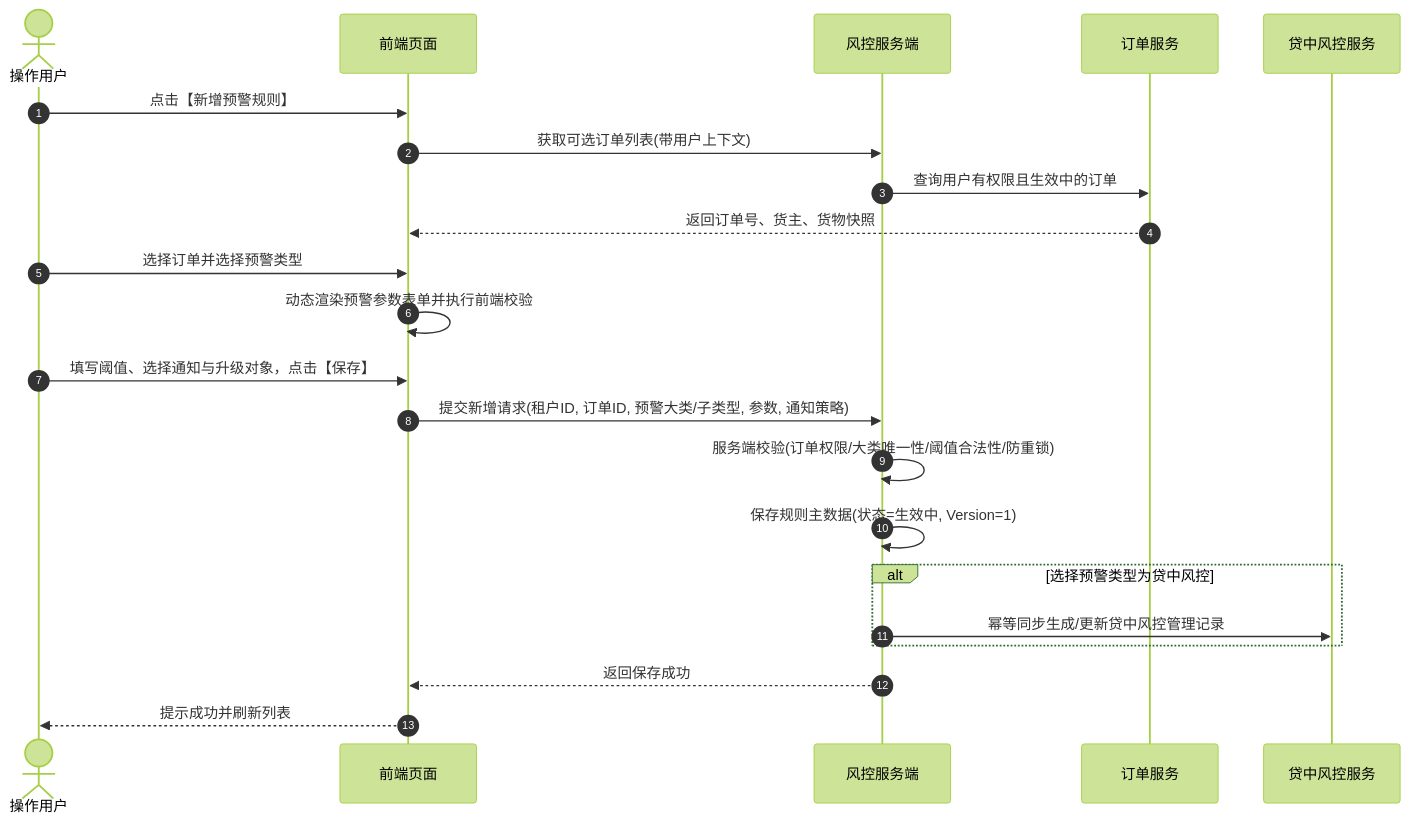
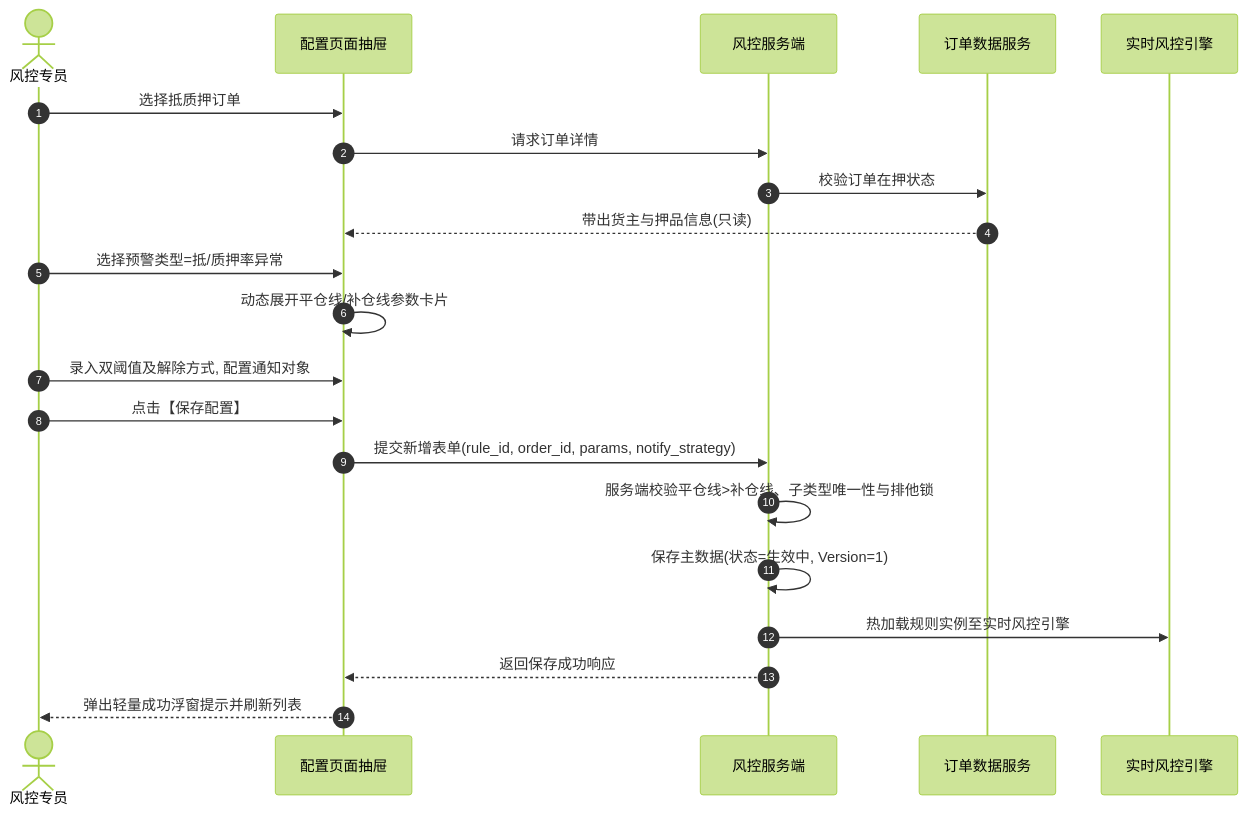
The diagram in 02-PRD文档/🌟🌟🌟-最新基准版/B端PC/08-配置管理/19-风险管理-订单预警配置/订单预警配置主PRD.md (RobertHuang999/SYZC), drawn with Mermaid (forest theme) before and after one commit. The commit also changed other lines of this file and 264 other files, not shown here.

````diff
--- a/02-PRD文档/🌟🌟🌟-最新基准版/B端PC/08-配置管理/19-风险管理-订单预警配置/订单预警配置主PRD.md
+++ b/02-PRD文档/🌟🌟🌟-最新基准版/B端PC/08-配置管理/19-风险管理-订单预警配置/订单预警配置主PRD.md
@@ -107,25 +82,24 @@
 ```mermaid
 sequenceDiagram
     autonumber
-    actor User as 操作用户
-    participant FE as 前端页面
+    actor User as 风控专员
+    participant FE as 配置页面抽屉
     participant API as 风控服务端
-    participant ORD as 订单服务
-    participant MID as 贷中风控服务
+    participant ORD as 订单数据服务
+    participant RISK as 实时风控引擎
 
-    User->>FE: 点击【新增预警规则】
-    FE->>API: 获取可选订单列表(带用户上下文)
-    API->>ORD: 查询用户有权限且生效中的订单
-    ORD-->>FE: 返回订单号、货主、货物快照
-    User->>FE: 选择订单并选择预警类型
-    FE->>FE: 动态渲染预警参数表单并执行前端校验
-    User->>FE: 填写阈值、选择通知与升级对象，点击【保存】
-    FE->>API: 提交新增请求(租户ID, 订单ID, 预警大类/子类型, 参数, 通知策略)
-    API->>API: 服务端校验(订单权限/大类唯一性/阈值合法性/防重锁)
-    API->>API: 保存规则主数据(状态=生效中, Version=1)
-    alt 选择预警类型为贷中风控
-        API->>MID: 幂等同步生成/更新贷中风控管理记录
-    end
-    API-->>FE: 返回保存成功
-    FE-->>User: 提示成功并刷新列表
+    User->>FE: 选择抵质押订单
+    FE->>API: 请求订单详情
+    API->>ORD: 校验订单在押状态
+    ORD-->>FE: 带出货主与押品信息(只读)
+    User->>FE: 选择预警类型=抵/质押率异常
+    FE->>FE: 动态展开平仓线/补仓线参数卡片
+    User->>FE: 录入双阈值及解除方式, 配置通知对象
+    User->>FE: 点击【保存配置】
+    FE->>API: 提交新增表单(rule_id, order_id, params, notify_strategy)
+    API->>API: 服务端校验平仓线>补仓线、子类型唯一性与排他锁
+    API->>API: 保存主数据(状态=生效中, Version=1)
+    API->>RISK: 热加载规则实例至实时风控引擎
+    API-->>FE: 返回保存成功响应
+    FE-->>User: 弹出轻量成功浮窗提示并刷新列表
 ```
````
